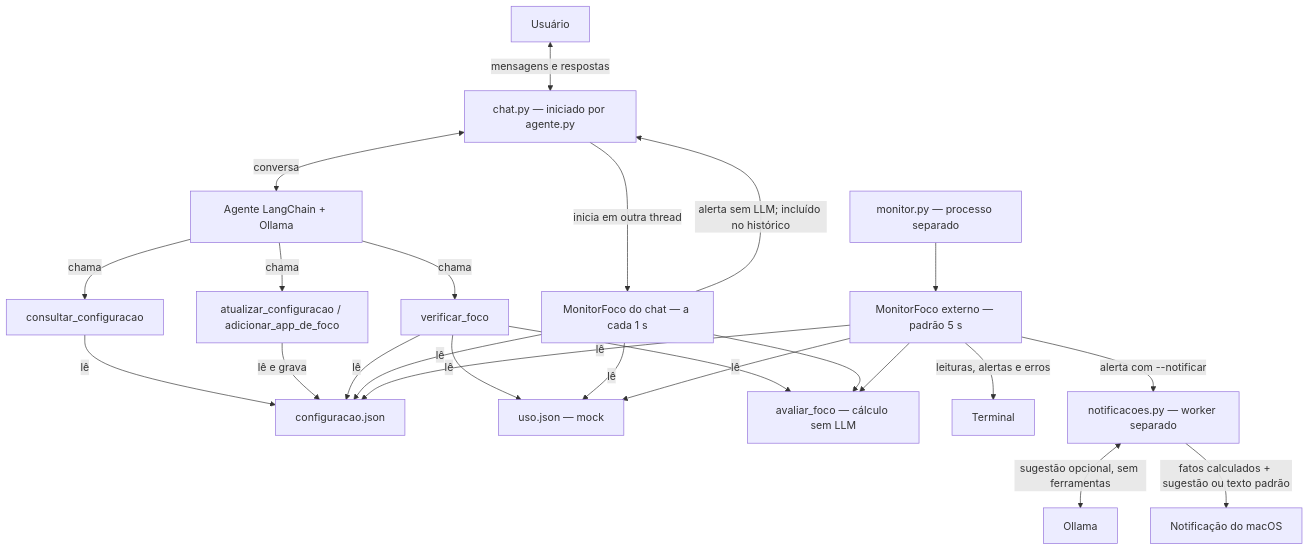
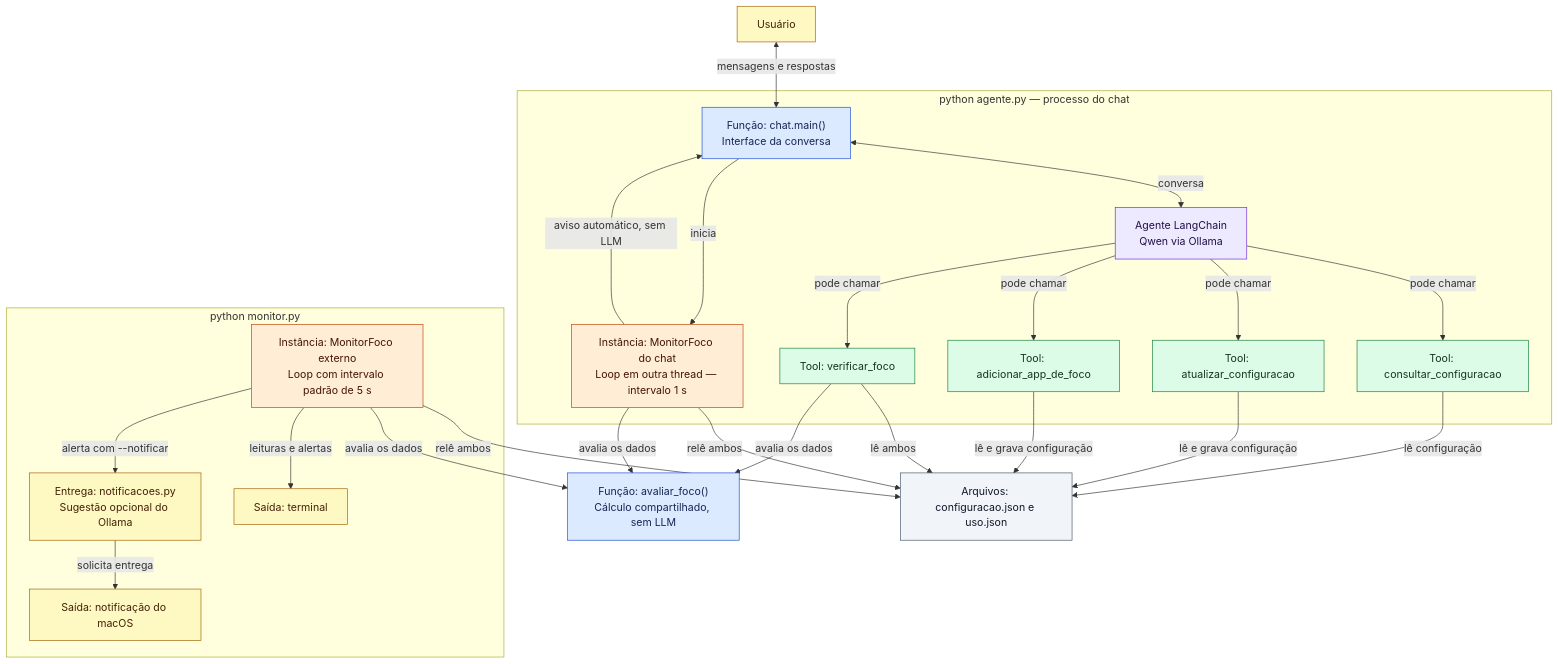
Before and after one commit to Luck4506/Residencia_IA_CPS_FluIA: the diagram in simples_langchain/README.md, drawn with Mermaid. The commit also changed other lines of this file, not shown here.

Commit message:
melhorando readme com diagrama de fluxo e infos refinadas

````diff
--- a/simples_langchain/README.md
+++ b/simples_langchain/README.md
@@ -21,27 +73,53 @@
 ```mermaid
 flowchart TB
-  usuario["Usuário"] <-->|"mensagens e respostas"| chat["chat.py — iniciado por agente.py"]
-  chat <-->|"conversa"| agente["Agente LangChain + Ollama"]
-  agente -->|"chama"| consultar["consultar_configuracao"]
-  agente -->|"chama"| alterar["atualizar_configuracao / adicionar_app_de_foco"]
-  agente -->|"chama"| verificar["verificar_foco"]
-  consultar -->|"lê"| config["configuracao.json"]
-  alterar -->|"lê e grava"| config
-  verificar -->|"lê"| config
-  verificar -->|"lê"| uso["uso.json — mock"]
-  verificar --> avaliar["avaliar_foco — cálculo sem LLM"]
+  usuario["Usuário"]:::externo
 
-  chat -->|"inicia em outra thread"| interno["MonitorFoco do chat — a cada 1 s"]
-  cli["monitor.py — processo separado"] --> externo["MonitorFoco externo — padrão 5 s"]
-  interno -->|"lê"| config
-  interno -->|"lê"| uso
-  externo -->|"lê"| config
-  externo -->|"lê"| uso
-  interno --> avaliar
-  externo --> avaliar
-  interno -->|"alerta sem LLM; incluído no histórico"| chat
-  externo -->|"leituras, alertas e erros"| terminal["Terminal"]
-  externo -->|"alerta com --notificar"| notificacao["notificacoes.py — worker separado"]
-  notificacao <-->|"sugestão opcional, sem ferramentas"| modelo["Ollama"]
-  notificacao -->|"fatos calculados + sugestão ou texto padrão"| mac["Notificação do macOS"]
+  subgraph conversa["python agente.py — processo do chat"]
+    chat["Função: chat.main()<br/>Interface da conversa"]:::funcao
+    agente["Agente LangChain<br/>Qwen via Ollama"]:::agente
+    consultar["Tool: consultar_configuracao"]:::ferramenta
+    atualizar["Tool: atualizar_configuracao"]:::ferramenta
+    adicionar["Tool: adicionar_app_de_foco"]:::ferramenta
+    verificar["Tool: verificar_foco"]:::ferramenta
+    interno["Instância: MonitorFoco do chat<br/>Loop em outra thread — intervalo 1 s"]:::instancia
+  end
+
+  subgraph separado["python monitor.py"]
+    externo["Instância: MonitorFoco externo<br/>Loop com intervalo padrão de 5 s"]:::instancia
+    terminal["Saída: terminal"]:::externo
+    notificacao["Entrega: notificacoes.py<br/>Sugestão opcional do Ollama"]:::externo
+    mac["Saída: notificação do macOS"]:::externo
+  end
+
+  dados["Arquivos: configuracao.json e uso.json"]:::dado
+  calculo["Função: avaliar_foco()<br/>Cálculo compartilhado, sem LLM"]:::funcao
+
+  usuario <-->|"mensagens e respostas"| chat
+  chat <-->|"conversa"| agente
+  agente -->|"pode chamar"| consultar
+  agente -->|"pode chamar"| atualizar
+  agente -->|"pode chamar"| adicionar
+  agente -->|"pode chamar"| verificar
+  consultar -->|"lê configuração"| dados
+  atualizar -->|"lê e grava configuração"| dados
+  adicionar -->|"lê e grava configuração"| dados
+  verificar -->|"lê ambos"| dados
+  verificar -->|"avalia os dados"| calculo
+
+  chat -->|"inicia"| interno
+  interno -->|"aviso automático, sem LLM"| chat
+  interno -->|"relê ambos"| dados
+  externo -->|"relê ambos"| dados
+  interno -->|"avalia os dados"| calculo
+  externo -->|"avalia os dados"| calculo
+  externo -->|"leituras e alertas"| terminal
+  externo -->|"alerta com --notificar"| notificacao
+  notificacao -->|"solicita entrega"| mac
+
+  classDef agente fill:#ede9fe,stroke:#6d28d9,color:#211047
+  classDef ferramenta fill:#dcfce7,stroke:#15803d,color:#12351f
+  classDef funcao fill:#dbeafe,stroke:#1d4ed8,color:#172554
+  classDef instancia fill:#ffedd5,stroke:#c2410c,color:#431407
+  classDef dado fill:#f1f5f9,stroke:#475569,color:#0f172a
+  classDef externo fill:#fef9c3,stroke:#a16207,color:#422006
 ```
````
